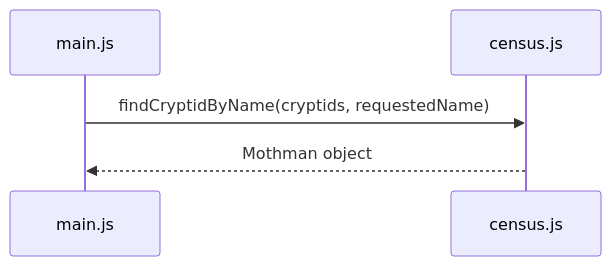
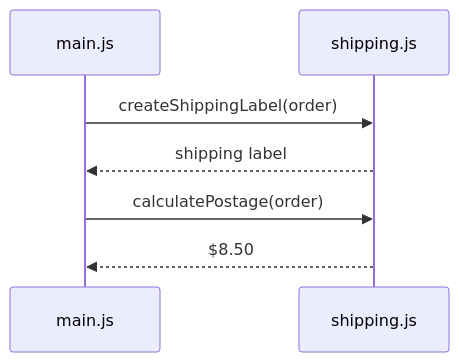
Before and after one commit to herringvoices/javaScriptGym: the diagram in src/handbook/standards/JS.MO.IMP/sequence-full-flow.mdx, drawn with Mermaid. The commit also changed other lines of this file and 18 other files, not shown here.

````diff
--- a/src/handbook/standards/JS.MO.IMP/sequence-full-flow.mdx
+++ b/src/handbook/standards/JS.MO.IMP/sequence-full-flow.mdx
@@ -11,7 +39,9 @@
 ```mermaid
 sequenceDiagram
   participant Main as main.js
-  participant Census as census.js
-  Main->>Census: findCryptidByName(cryptids, requestedName)
-  Census-->>Main: Mothman object
+  participant Shipping as shipping.js
+  Main->>Shipping: createShippingLabel(order)
+  Shipping-->>Main: shipping label
+  Main->>Shipping: calculatePostage(order)
+  Shipping-->>Main: $8.50
 ```
````
